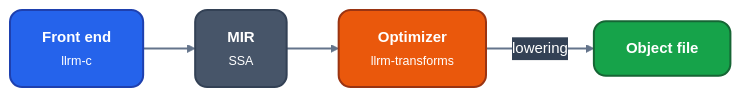
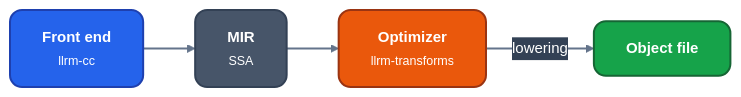
The first of 4 diagrams in docs/working/figures.md (ali-mosavian/llrm), drawn with Mermaid before and after one commit. The commit also changed 411 other files, not shown here.

````diff
--- a/docs/working/figures.md
+++ b/docs/working/figures.md
@@ -47,16 +47,16 @@
 ```mermaid
 %%{init: {'theme':'base','themeVariables':{'fontFamily':'Segoe UI, Helvetica Neue, Arial, DejaVu Sans, sans-serif','fontSize':'15px','primaryColor':'#475569','primaryTextColor':'#ffffff','primaryBorderColor':'#334155','lineColor':'#64748b','secondaryColor':'#475569','tertiaryColor':'transparent','clusterBkg':'transparent','clusterBorder':'#64748b','edgeLabelBackground':'#334155','textColor':'#64748b','titleColor':'#64748b'},'flowchart':{'curve':'basis','nodeSpacing':38,'rankSpacing':52,'padding':16,'wrappingWidth':360,'htmlLabels':true,'useMaxWidth':true}}}%%
 flowchart LR
   classDef src fill:#2563eb,stroke:#1e40af,stroke-width:2px,color:#ffffff,rx:12px,ry:12px
   classDef mid fill:#475569,stroke:#334155,stroke-width:2px,color:#ffffff,rx:12px,ry:12px
   classDef opt fill:#ea580c,stroke:#9a3412,stroke-width:2px,color:#ffffff,rx:12px,ry:12px
   classDef out fill:#16a34a,stroke:#166534,stroke-width:2px,color:#ffffff,rx:12px,ry:12px
   linkStyle default stroke:#64748b,stroke-width:2.2px
-  fe["<b>Front end</b><br/><small>llrm-c</small>"]:::src
+  fe["<b>Front end</b><br/><small>llrm-cc</small>"]:::src
   mir["<b>MIR</b><br/><small>SSA</small>"]:::mid
   opt["<b>Optimizer</b><br/><small>llrm-transforms</small>"]:::opt
   obj["<b>Object file</b>"]:::out
   fe --> mir
   mir --> opt
   opt ==>|"lowering"| obj
 ```
````
